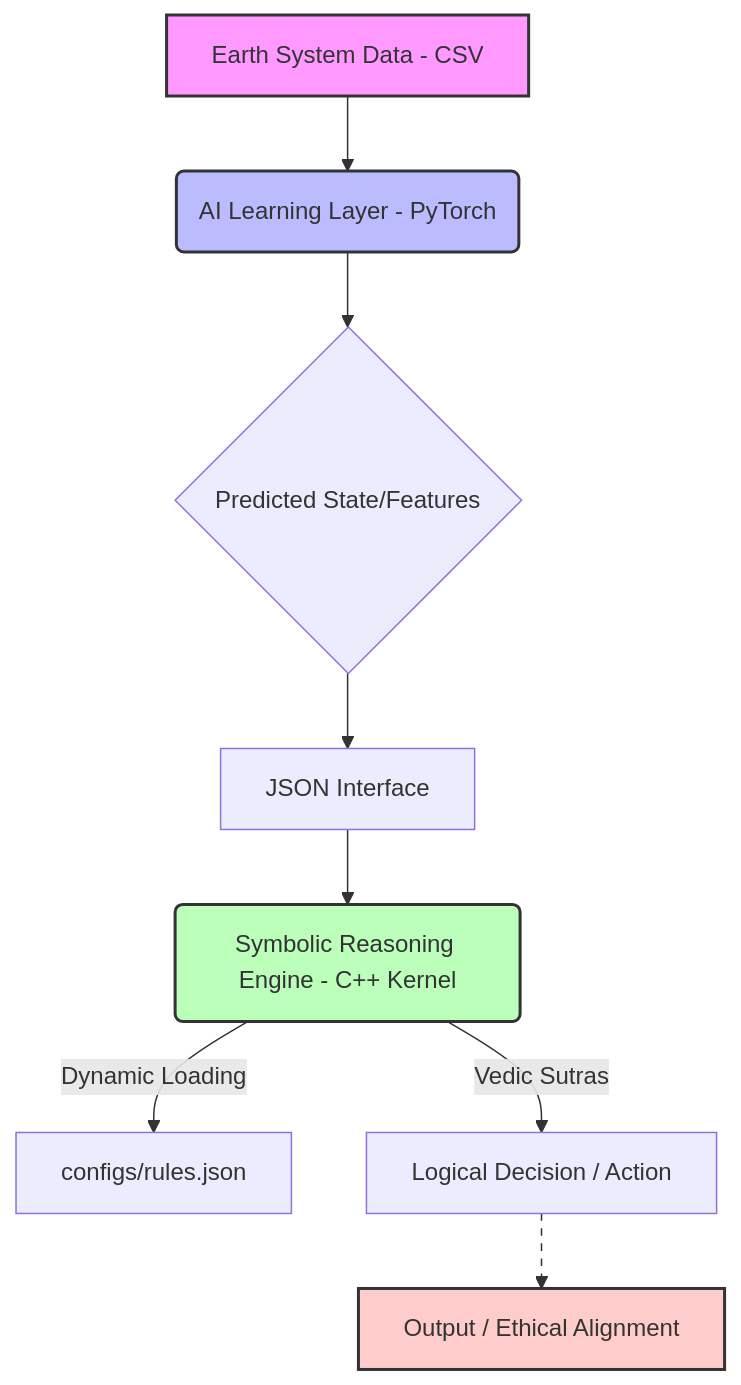
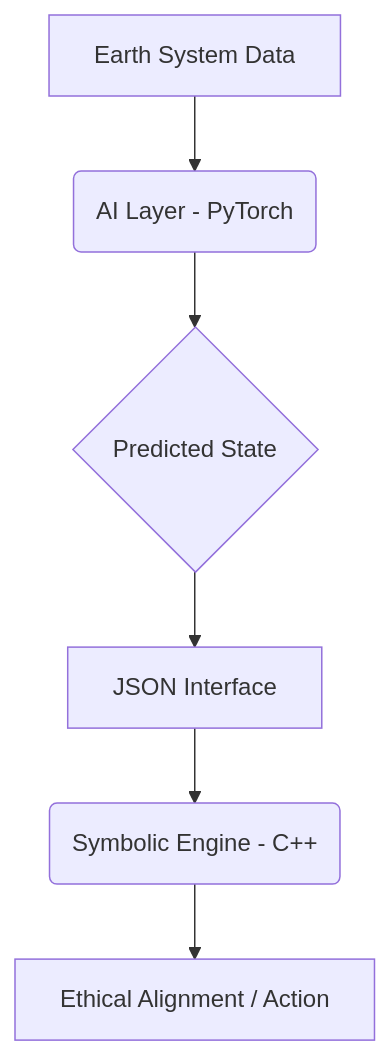
Before and after one commit to divineearthly/Divine-Earthly-Quantum-Vedic-Kernels: the diagram in README.md, drawn with Mermaid. The commit also changed other lines of this file and 4 other files, not shown here.

Commit message:
Upgrade: Hybrid AI + symbolic kernel architecture

````diff
--- a/README.md
+++ b/README.md
@@ -17,16 +11,8 @@
 ```mermaid
 graph TD
-    A[Earth System Data - CSV] --> B(AI Learning Layer - PyTorch)
-    B --> C{Predicted State/Features}
+    A[Earth System Data] --> B(AI Layer - PyTorch)
+    B --> C{Predicted State}
     C --> D[JSON Interface]
-    D --> E(Symbolic Reasoning Engine - C++ Kernel)
-    E -- Dynamic Loading --> F[configs/rules.json]
-    E -- Vedic Sutras --> G[Logical Decision / Action]
-    G --> H[Output / Ethical Alignment]
-
-    style A fill:#f9f,stroke:#333,stroke-width:2px
-    style B fill:#bbf,stroke:#333,stroke-width:2px
-    style E fill:#bfb,stroke:#333,stroke-width:2px
-    style H fill:#fcc,stroke:#333,stroke-width:2px
-    linkStyle 6 stroke-dasharray: 5 5
+    D --> E(Symbolic Engine - C++)
+    E --> F[Ethical Alignment / Action]
 ```
````
